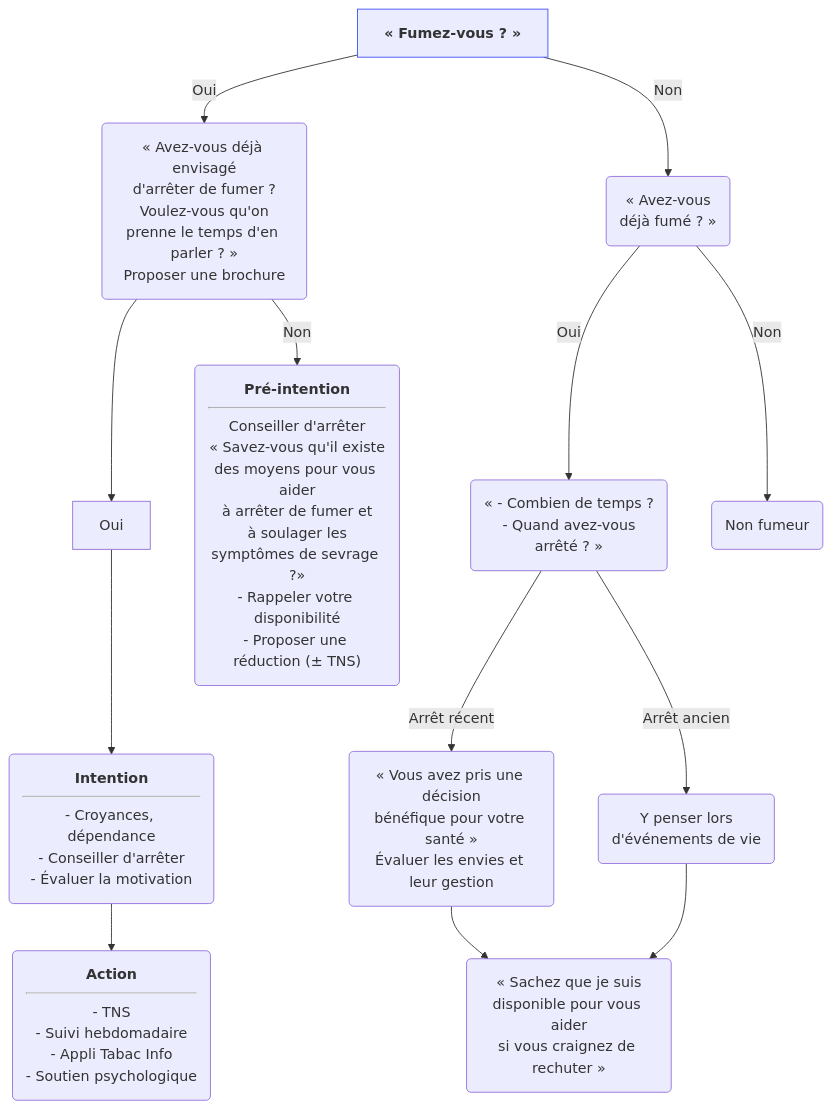
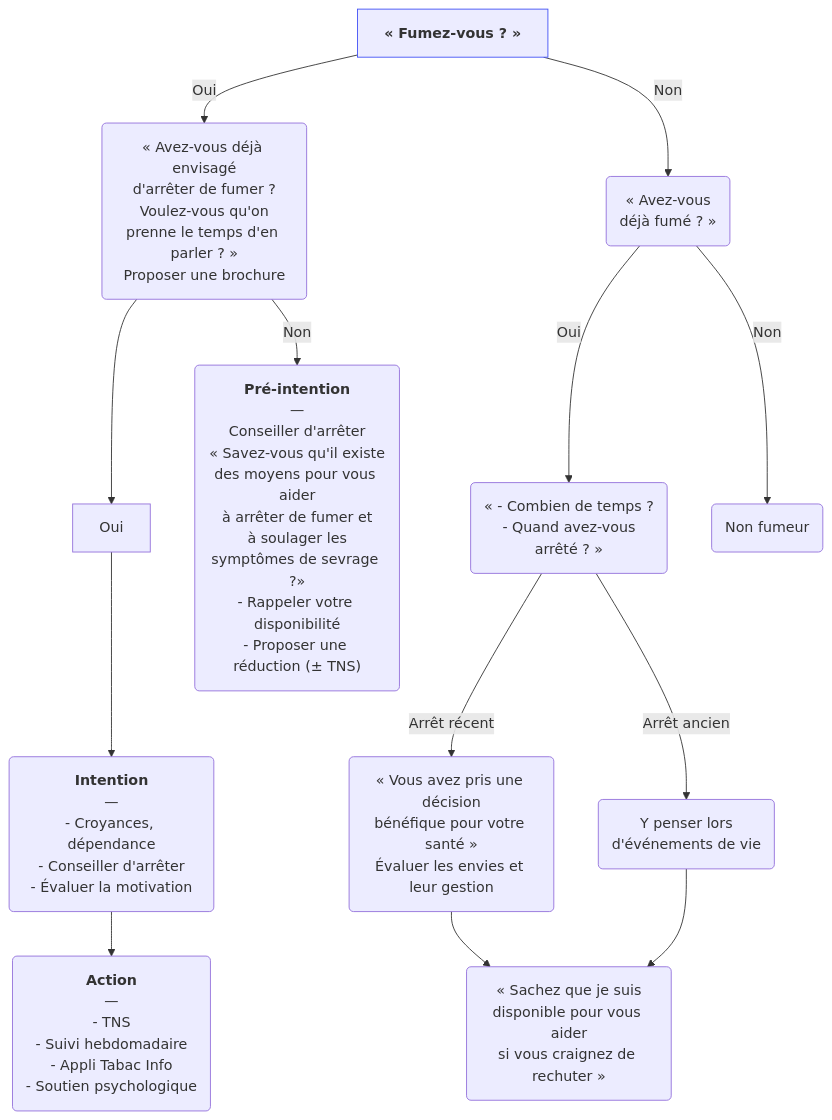
The diagram in content/recommandations/arret-tabac.md (djibe/recommandations-medicales), drawn with Mermaid before and after one commit. The commit also changed 51 other files, not shown here.

```diff
--- a/content/recommandations/arret-tabac.md
+++ b/content/recommandations/arret-tabac.md
@@ -433,14 +433,14 @@
 {{< mermaid title="Dépistage systématique du tabagisme et prise en charge de l'arrêt du tabac (hors bilan des complications). Dr JB Fron d'après HAS 2014" >}}
 graph TB
 accTitle: Prise en charge de l'arrêt du tabac d'après HAS 2014
   tabagisme["<strong>« Fumez-vous ? »</strong>"]
   style tabagisme stroke:#4150f5, stroke-width:1px
   tabagisme -- Oui --> essai("« Avez-vous déjà envisagé<br>d'arrêter de fumer ?<br>Voulez-vous qu'on<br>prenne le temps d'en parler ? »<br>Proposer une brochure")
-    essai --> Oui --> debut("<b>Intention</b><hr>- Croyances, dépendance<br>- Conseiller d'arrêter<br>- Évaluer la motivation") --> arrêt(<b>Action</b><hr>- TNS<br>- Suivi hebdomadaire<br>- Appli Tabac Info<br>- Soutien psychologique)
-    essai -- Non --> refus("<b>Pré-intention</b><hr>Conseiller d'arrêter<br>« Savez-vous qu'il existe<br>des moyens pour vous aider<br>à arrêter de fumer et<br>à soulager les<br>symptômes de sevrage ?»<br>- Rappeler votre disponibilité<br>- Proposer une réduction (&plusmn; TNS)")
+    essai --> Oui --> debut("<b>Intention</b><br>—<br>- Croyances, dépendance<br>- Conseiller d'arrêter<br>- Évaluer la motivation") --> arrêt(<b>Action</b><br>—<br>- TNS<br>- Suivi hebdomadaire<br>- Appli Tabac Info<br>- Soutien psychologique)
+    essai -- Non --> refus("<b>Pré-intention</b><br>—<br>Conseiller d'arrêter<br>« Savez-vous qu'il existe<br>des moyens pour vous aider<br>à arrêter de fumer et<br>à soulager les<br>symptômes de sevrage ?»<br>- Rappeler votre disponibilité<br>- Proposer une réduction (&plusmn; TNS)")
   tabagisme -- Non --> antecedent("« Avez-vous<br>déjà fumé ? »")
     antecedent -- Oui --> ancien("« - Combien de temps ?<br>- Quand avez-vous<br>arrêté ? »")
       ancien -- Arrêt récent --> ancien1("« Vous avez pris une décision<br>bénéfique pour votre santé »<br>Évaluer les envies et leur gestion") --> ouvert("« Sachez que je suis<br>disponible pour vous aider<br>si vous craignez de rechuter »")
       ancien -- Arrêt ancien --> ancien2(Y penser lors<br>d'événements de vie) --> ouvert
     antecedent -- Non --> non(Non fumeur)
 {{< /mermaid >}}
```
